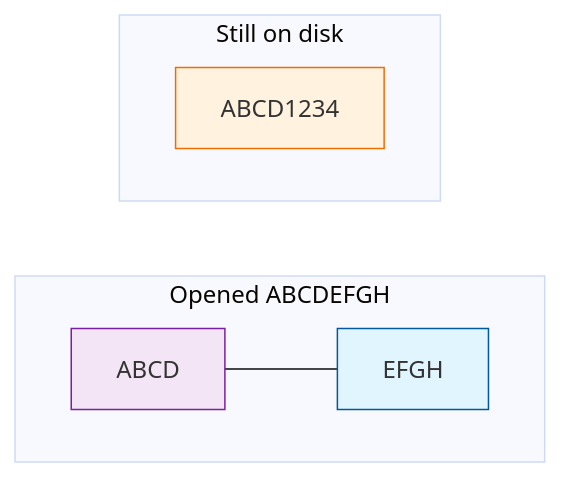
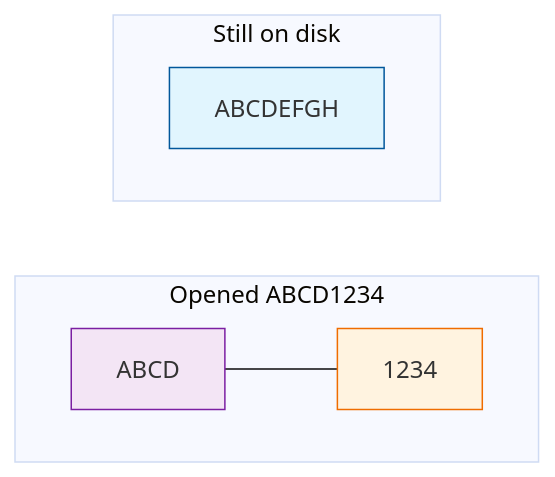
The sixth of 7 diagrams in docs/how-it-works/no-conflicts.md (Texarkanine/SumMem), drawn with Mermaid (base theme) before and after one commit. The commit also changed other lines of this file and 5 other files, not shown here.

````diff
--- a/docs/how-it-works/no-conflicts.md
+++ b/docs/how-it-works/no-conflicts.md
@@ -176,15 +176,15 @@
 ```mermaid
 flowchart LR
     classDef shared fill:#f3e5f5,stroke:#7b1fa2;
     classDef w1 fill:#e1f5fe,stroke:#01579b;
     classDef w2 fill:#fff3e0,stroke:#ef6c00;
 
-    subgraph opened["Opened ABCDEFGH"]
+    subgraph opened["Opened ABCD1234"]
         direction LR
-        O1["ABCD"]:::shared --- O2["EFGH"]:::w1
+        O1["ABCD"]:::shared --- O2["1234"]:::w2
     end
     subgraph untouched["Still on disk"]
         direction LR
-        O3["ABCD1234"]:::w2
+        O3["ABCDEFGH"]:::w1
     end
 ```
````
